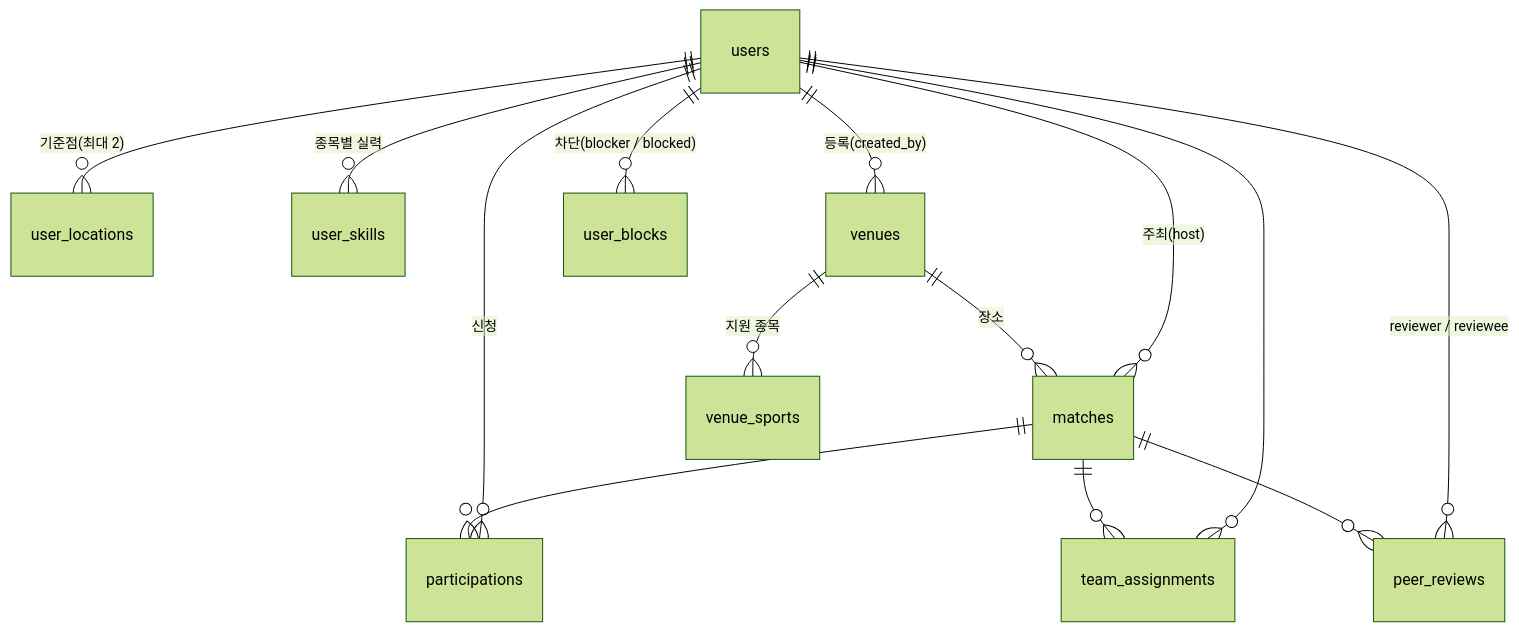
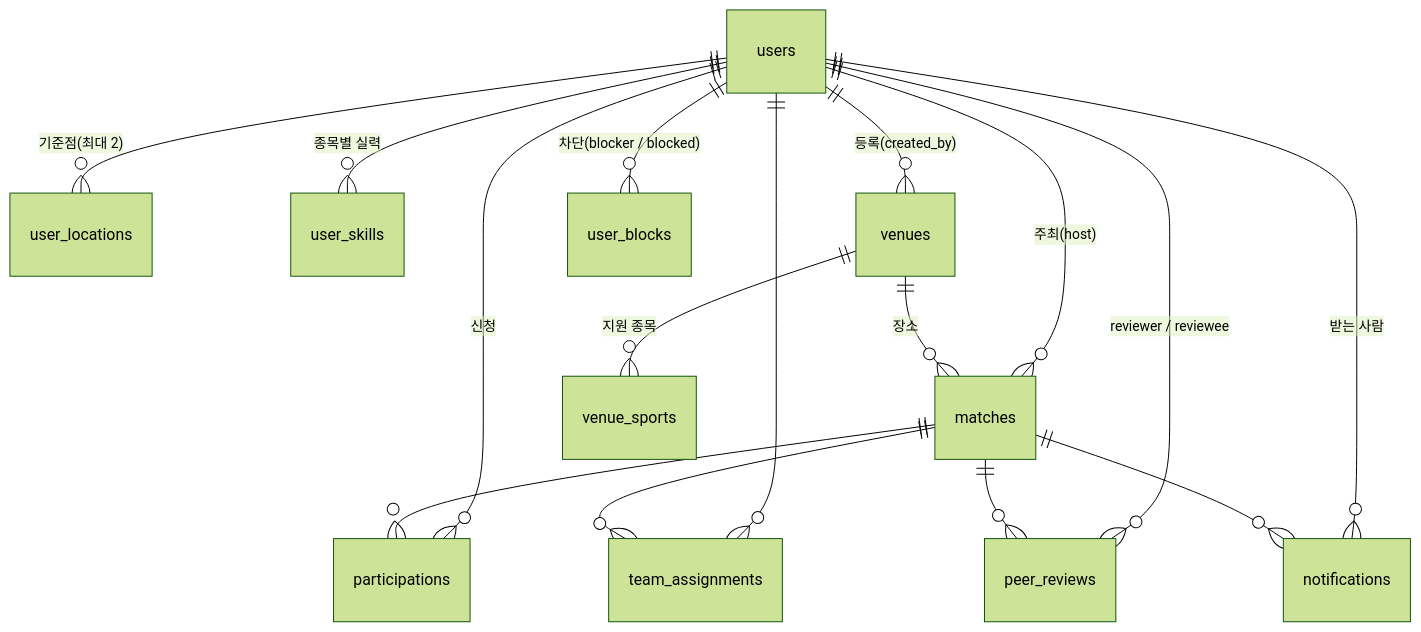
One commit to jaeseo813/sports-matching changed the diagram in docs/db-schema.md. Above: the diagram before and after it, drawn with Mermaid (forest theme). The commit also changed other lines of this file and 24 other files, not shown here.

````diff
--- a/docs/db-schema.md
+++ b/docs/db-schema.md
@@ -14,16 +14,18 @@
 ```mermaid
 erDiagram
     users ||--o{ user_locations : "기준점(최대 2)"
     users ||--o{ user_skills : "종목별 실력"
     users ||--o{ matches : "주최(host)"
     users ||--o{ participations : "신청"
     users ||--o{ team_assignments : ""
     users ||--o{ peer_reviews : "reviewer / reviewee"
     users ||--o{ venues : "등록(created_by)"
     users ||--o{ user_blocks : "차단(blocker / blocked)"
     venues ||--o{ venue_sports : "지원 종목"
     venues ||--o{ matches : "장소"
     matches ||--o{ participations : ""
     matches ||--o{ team_assignments : ""
     matches ||--o{ peer_reviews : ""
+    users ||--o{ notifications : "받는 사람"
+    matches ||--o{ notifications : ""
 ```
````
